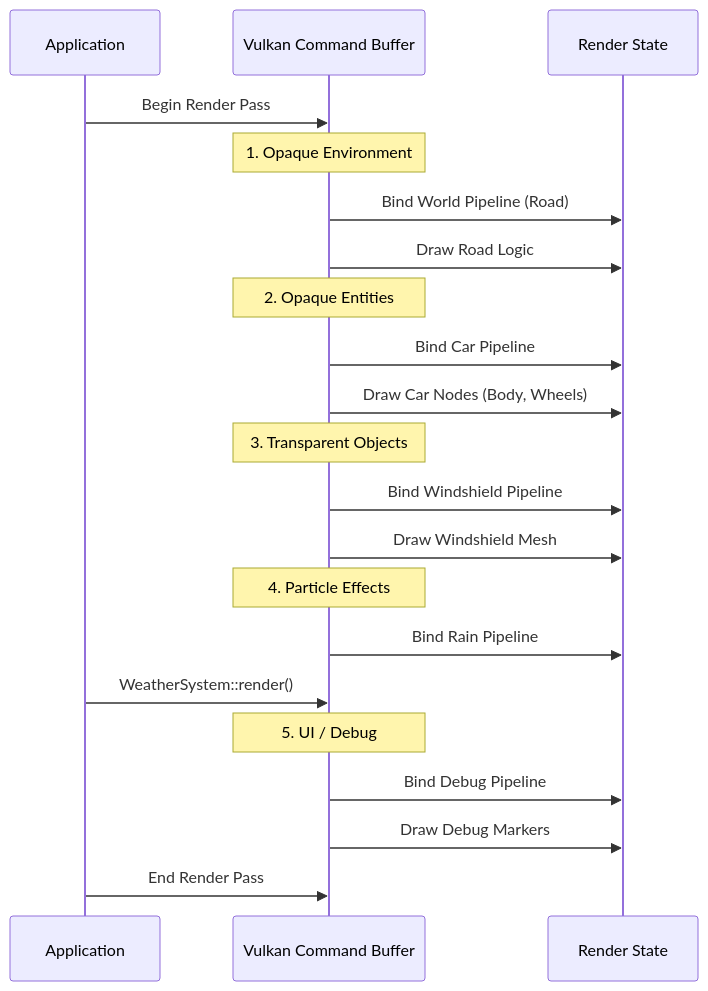
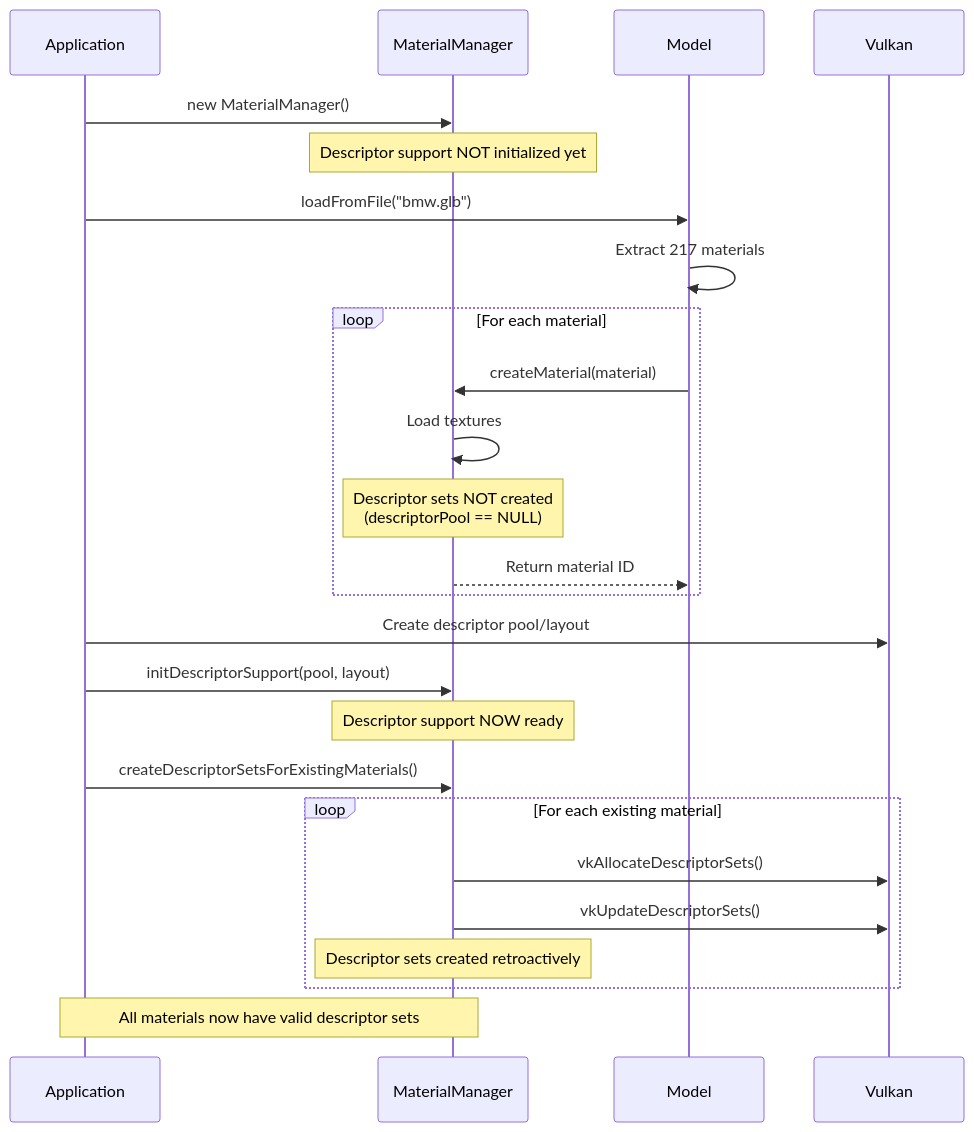
One commit to segfal/DownPour changed the ninth of 39 diagrams in HOW_TO_EDIT.md. Above: the diagram before and after it, drawn with Mermaid. The commit also changed other lines of this file and 53 other files, not shown here.

````diff
--- a/HOW_TO_EDIT.md
+++ b/HOW_TO_EDIT.md
@@ -51,30 +551,34 @@
 ```mermaid
 sequenceDiagram
     participant App as Application
-    participant VK as Vulkan Command Buffer
-    participant RS as Render State
+    participant MM as MaterialManager
+    participant Model
+    participant VK as Vulkan
     
-    App->>VK: Begin Render Pass
+    App->>MM: new MaterialManager()
+    Note over MM: Descriptor support NOT initialized yet
     
-    Note over VK: 1. Opaque Environment
-    VK->>RS: Bind World Pipeline (Road)
-    VK->>RS: Draw Road Logic
-
-    Note over VK: 2. Opaque Entities
-    VK->>RS: Bind Car Pipeline
-    VK->>RS: Draw Car Nodes (Body, Wheels)
-
-    Note over VK: 3. Transparent Objects
-    VK->>RS: Bind Windshield Pipeline
-    VK->>RS: Draw Windshield Mesh
-
-    Note over VK: 4. Particle Effects
-    VK->>RS: Bind Rain Pipeline
-    App->>VK: WeatherSystem::render()
-
-    Note over VK: 5. UI / Debug
-    VK->>RS: Bind Debug Pipeline
-    VK->>RS: Draw Debug Markers
-
-    App->>VK: End Render Pass
+    App->>Model: loadFromFile("bmw.glb")
+    Model->>Model: Extract 217 materials
+    
+    loop For each material
+        Model->>MM: createMaterial(material)
+        MM->>MM: Load textures
+        Note over MM: Descriptor sets NOT created<br/>(descriptorPool == NULL)
+        MM-->>Model: Return material ID
+    end
+    
+    App->>VK: Create descriptor pool/layout
+    App->>MM: initDescriptorSupport(pool, layout)
+    Note over MM: Descriptor support NOW ready
+    
+    App->>MM: createDescriptorSetsForExistingMaterials()
+    
+    loop For each existing material
+        MM->>VK: vkAllocateDescriptorSets()
+        MM->>VK: vkUpdateDescriptorSets()
+        Note over MM: Descriptor sets created retroactively
+    end
+    
+    Note over App,MM: All materials now have valid descriptor sets
 ```
````
